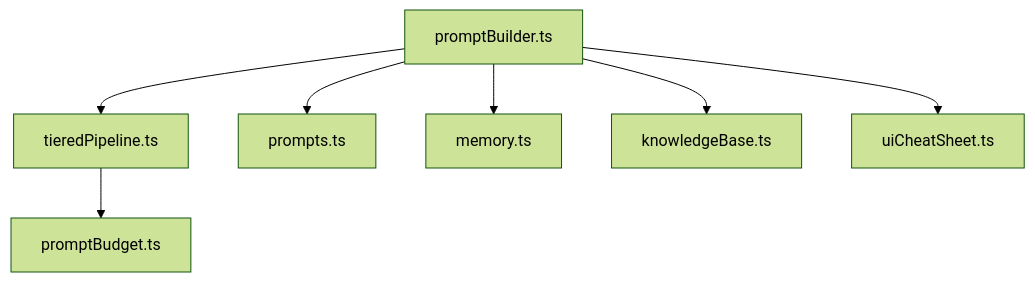
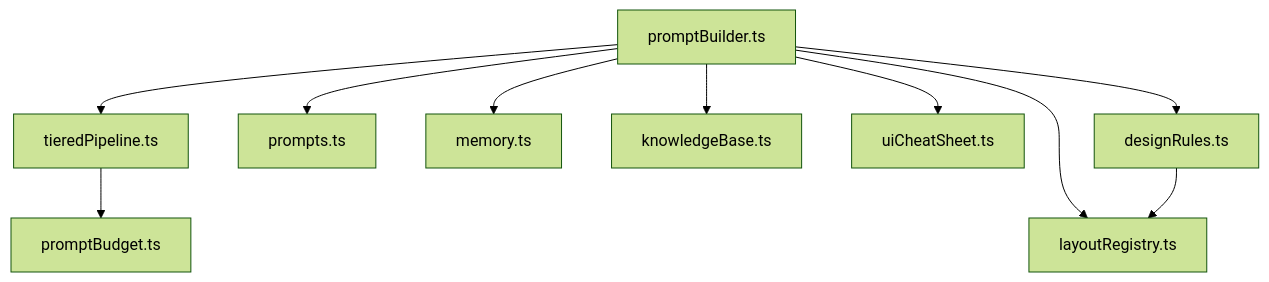
Before and after one commit to shekhargiri005-dotcom/AI-powered-accessibility-first-UI-engine: the ninth of 9 diagrams in .qoder/repowiki/en/content/AI Generation Engine/Core Generation Pipeline/Prompt Engineering & Context Injection.md, drawn with Mermaid (forest theme). The commit also changed other lines of this file and 71 other files, not shown here.

````diff
--- a/.qoder/repowiki/en/content/AI Generation Engine/Core Generation Pipeline/Prompt Engineering & Context Injection.md
+++ b/.qoder/repowiki/en/content/AI Generation Engine/Core Generation Pipeline/Prompt Engineering & Context Injection.md
@@ -311,9 +388,12 @@
 ```mermaid
 graph TB
 PB["promptBuilder.ts"] --> TP["tieredPipeline.ts"]
 PB --> PT["prompts.ts"]
 PB --> MEM["memory.ts"]
 PB --> KB["knowledgeBase.ts"]
 PB --> CS["uiCheatSheet.ts"]
+PB --> DR["designRules.ts"]
+PB --> LR["layoutRegistry.ts"]
 TP --> BUDG["promptBudget.ts"]
+DR --> LR
 ```
````
